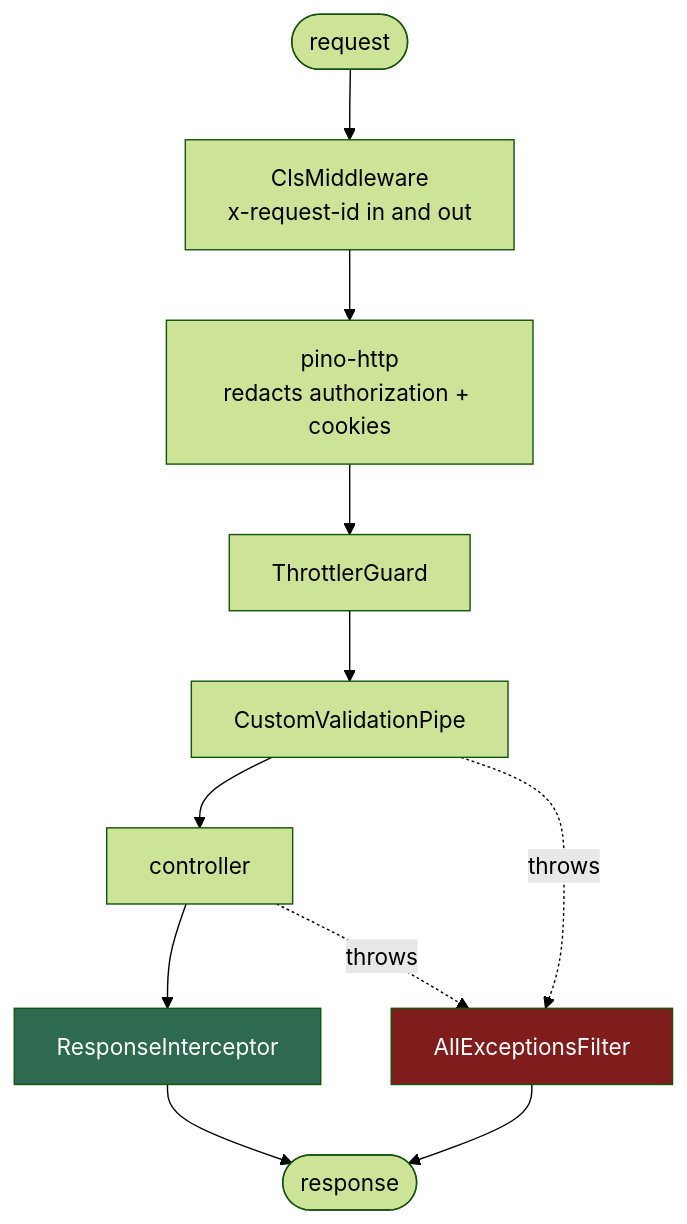
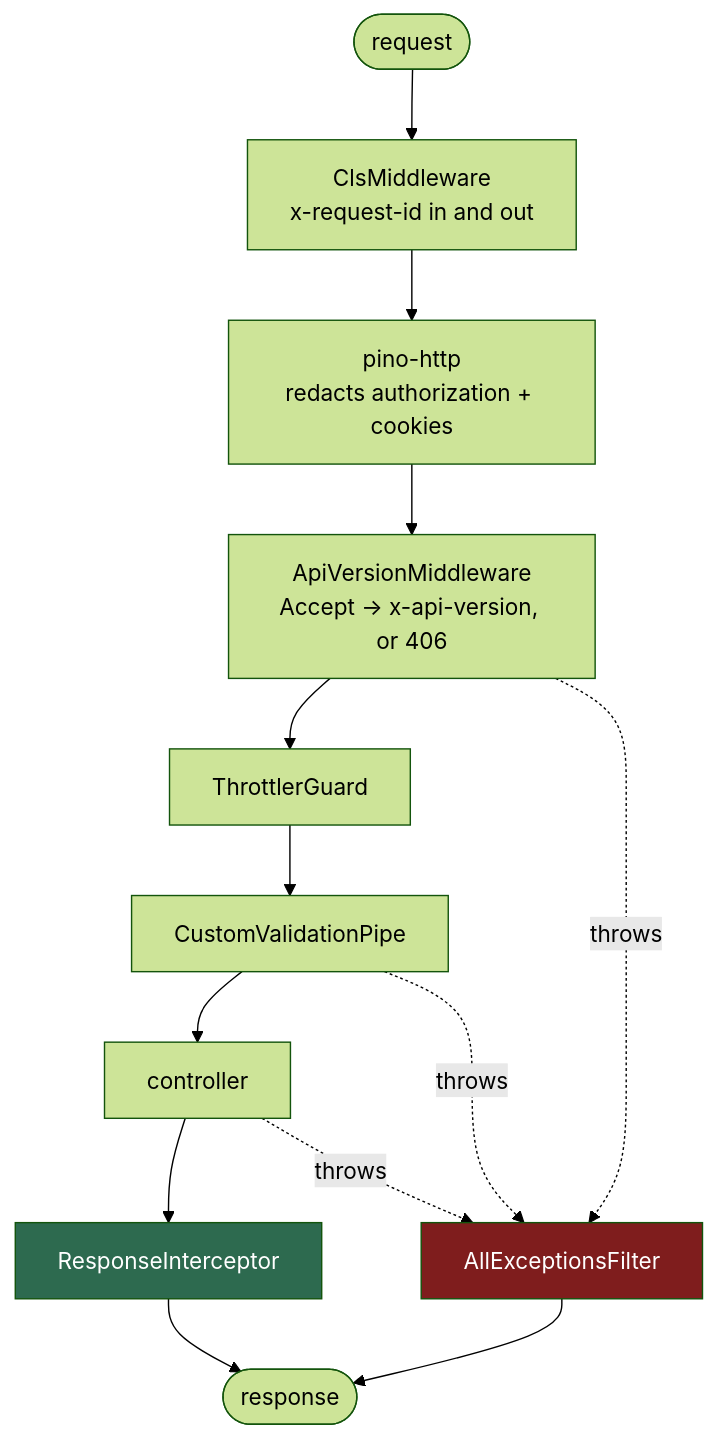
Before and after one commit to toraaoo/fullstack-monorepo: the second of 2 diagrams in apps/api/README.md, drawn with Mermaid (forest theme). The commit also changed other lines of this file and 1 other file, not shown here.

Commit message:
docs: describe Accept-header API versioning

````diff
--- a/apps/api/README.md
+++ b/apps/api/README.md
@@ -144,17 +206,19 @@
 ```mermaid
 flowchart TD
     R([request]) --> CLS["ClsMiddleware<br/>x-request-id in and out"]
     CLS --> LOG["pino-http<br/>redacts authorization + cookies"]
-    LOG --> THR["ThrottlerGuard"]
+    LOG --> VER["ApiVersionMiddleware<br/>Accept → x-api-version, or 406"]
+    VER --> THR["ThrottlerGuard"]
     THR --> PIPE["CustomValidationPipe"]
     PIPE --> H["controller"]
     H --> INT["ResponseInterceptor"]
     INT --> RES([response])
 
-    PIPE -. throws .-> F["AllExceptionsFilter"]
+    VER -. throws .-> F["AllExceptionsFilter"]
+    PIPE -. throws .-> F
     H -. throws .-> F
     F --> RES
 
     style F fill:#7f1d1d,color:#fff
     style INT fill:#2d6a4f,color:#fff
 ```
````
